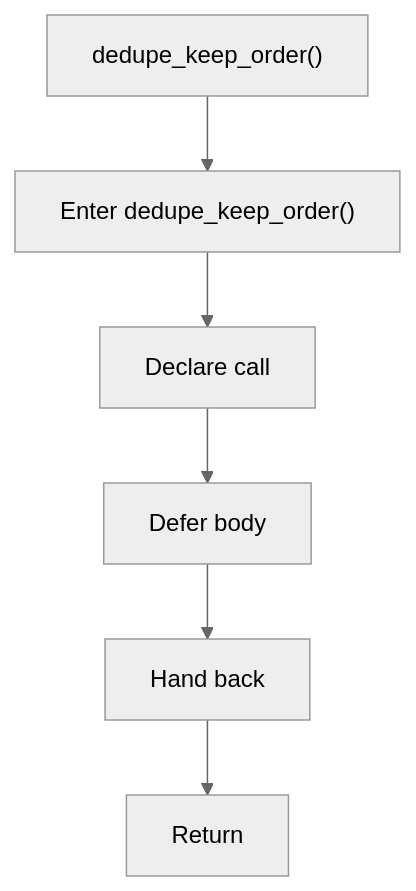
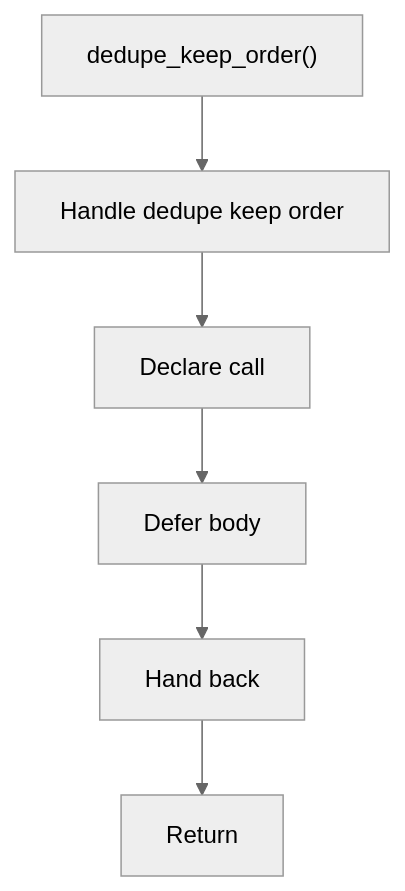
The diagram in docs/Codebase/Microservice/Modules/Header/SyntacticBrokenAST/HashingMechanism/HashLinks/Internal/Flow/functions/dedupe_keep_order.hpp.md (JohnAndrewBalbarosa/NeoTerritory), drawn with Mermaid (neutral theme) before and after one commit. The commit also changed other lines of this file and 915 other files, not shown here.

````diff
--- a/docs/Codebase/Microservice/Modules/Header/SyntacticBrokenAST/HashingMechanism/HashLinks/Internal/Flow/functions/dedupe_keep_order.hpp.md
+++ b/docs/Codebase/Microservice/Modules/Header/SyntacticBrokenAST/HashingMechanism/HashLinks/Internal/Flow/functions/dedupe_keep_order.hpp.md
@@ -16,14 +16,14 @@
 ```mermaid
 flowchart TD
     Start["dedupe_keep_order()"]
-    N0["Enter dedupe_keep_order()"]
+    N0["Handle dedupe keep order"]
     N1["Declare call"]
     N2["Defer body"]
     N3["Hand back"]
     End["Return"]
     Start --> N0
     N0 --> N1
     N1 --> N2
     N2 --> N3
     N3 --> End
 ```
````
